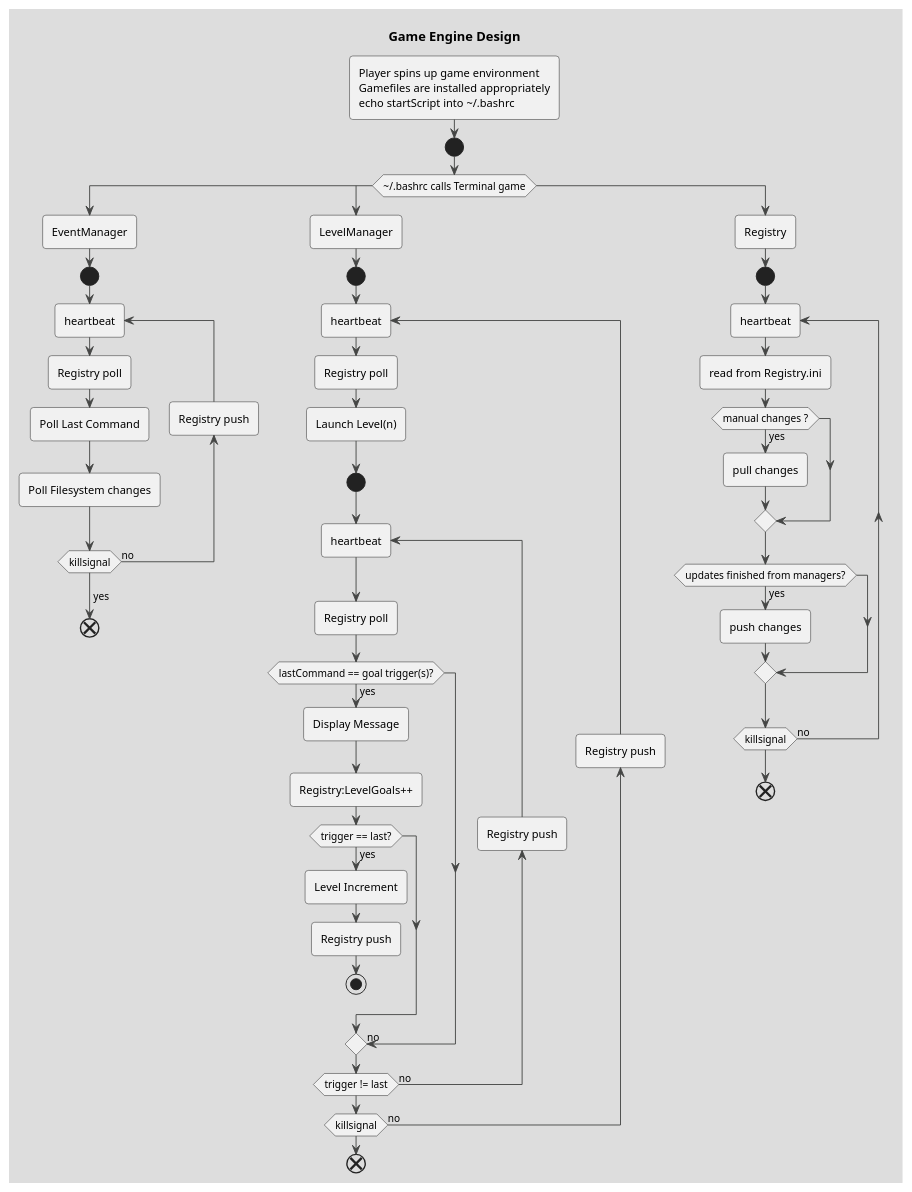
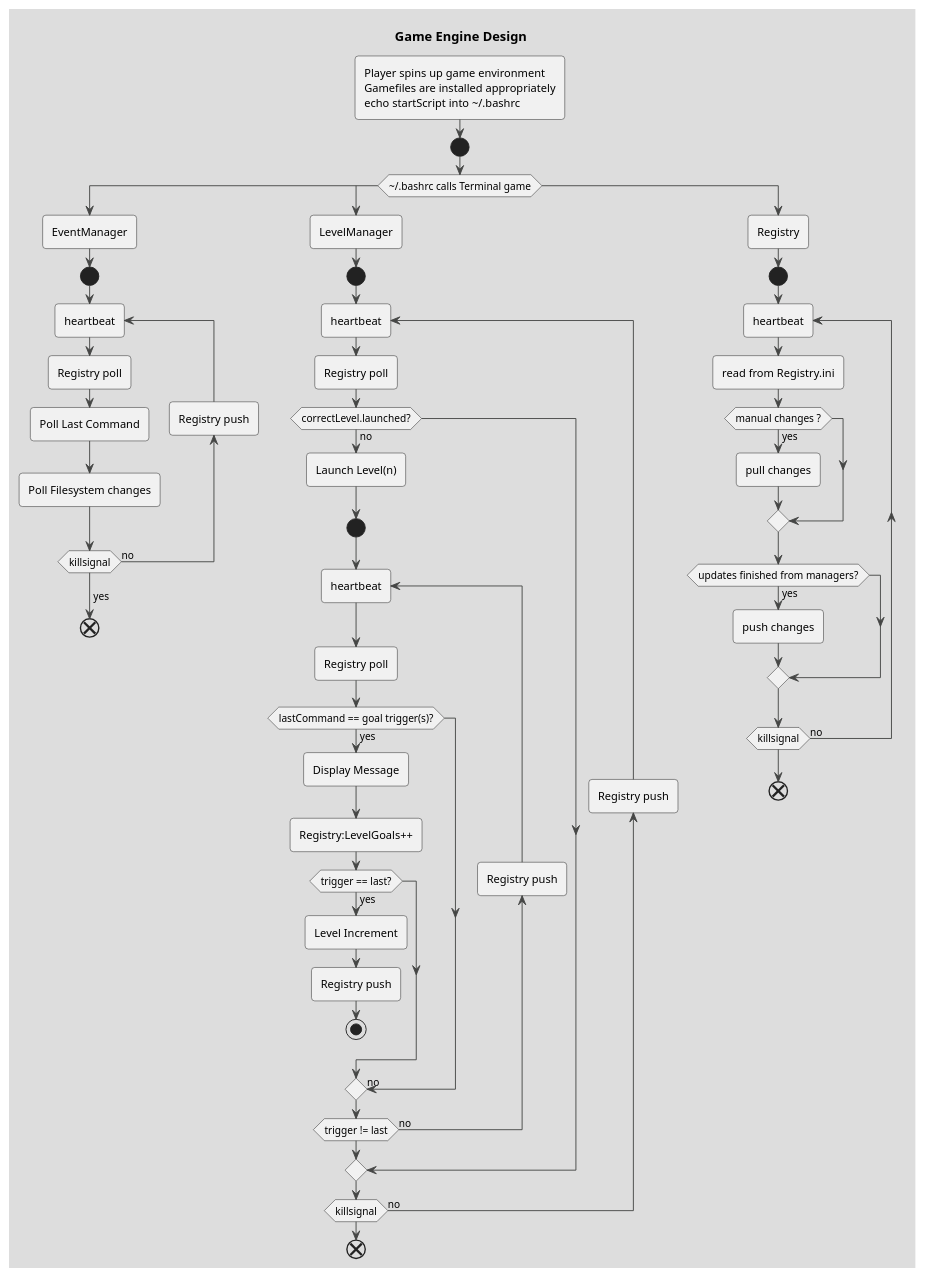
Before and after one commit to bRitch022/terminal-thegame: the third of 4 diagrams in TerminalGameDesign.wsd, drawn with PlantUML. The commit also changed 29 other files, not shown here.

```diff
--- a/TerminalGameDesign.wsd
+++ b/TerminalGameDesign.wsd
@@ -134,78 +134,80 @@
 @startuml FlowChat
 title Game Engine Design
 !theme toy
 :Player spins up game environment
 Gamefiles are installed appropriately
 echo startScript into \~/.bashrc;
 start
 ' :\~/.bashrc calls Terminal game;
 switch(\~/.bashrc calls Terminal game)
 ' switch (startScript calls)
 ' case ()
 '     :PlayerManager
 '     Background process;
 '     start
 '     repeat
 '         :Registry poll;
 '         :Perform Player logic;
 '         backward:Registry push;
 '     repeat while (killsignal) is (no)
 '         ->yes;
 '     end
 case ()
     :EventManager;
     start
     repeat:heartbeat
         :Registry poll;
         :Poll Last Command;
         :Poll Filesystem changes;
         backward:Registry push;
     repeat while (killsignal) is (no)
         ->yes;
     end
 case ()
     :LevelManager;
     start
     repeat:heartbeat
         :Registry poll;
-        :Launch Level(n);
-        start
-        repeat:heartbeat
-        :Registry poll;
-        if (lastCommand == goal trigger(s)?) then (yes)
-            :Display Message;
-            :Registry:LevelGoals++;
-            if (trigger == last?) then (yes)
-                :Level Increment;
-                :Registry push;
-                stop
+        if (correctLevel.launched?) then (no)
+            :Launch Level(n);
+            start
+            repeat:heartbeat
+            :Registry poll;
+            if (lastCommand == goal trigger(s)?) then (yes)
+                :Display Message;
+                :Registry:LevelGoals++;
+                if (trigger == last?) then (yes)
+                    :Level Increment;
+                    :Registry push;
+                    stop
+                else
+                    ->no;
+                endif
             else
                 ->no;
             endif
-        else
-            ->no;
+            backward:Registry push;
+            repeat while (trigger != last) is (no)
         endif
-        backward:Registry push;
-        repeat while (trigger != last) is (no)
 
     backward:Registry push;
     repeat while (killsignal) is (no)
     end
 case ()
     :Registry;
     start
     repeat:heartbeat
         :read from Registry.ini;
         if(manual changes ?) then (yes)
             :pull changes;
         endif
 
         if(updates finished from managers?) then (yes)
             :push changes;
         endif
     repeat while (killsignal) is (no)
 
     end
 endswitch
 
 @enduml
```
